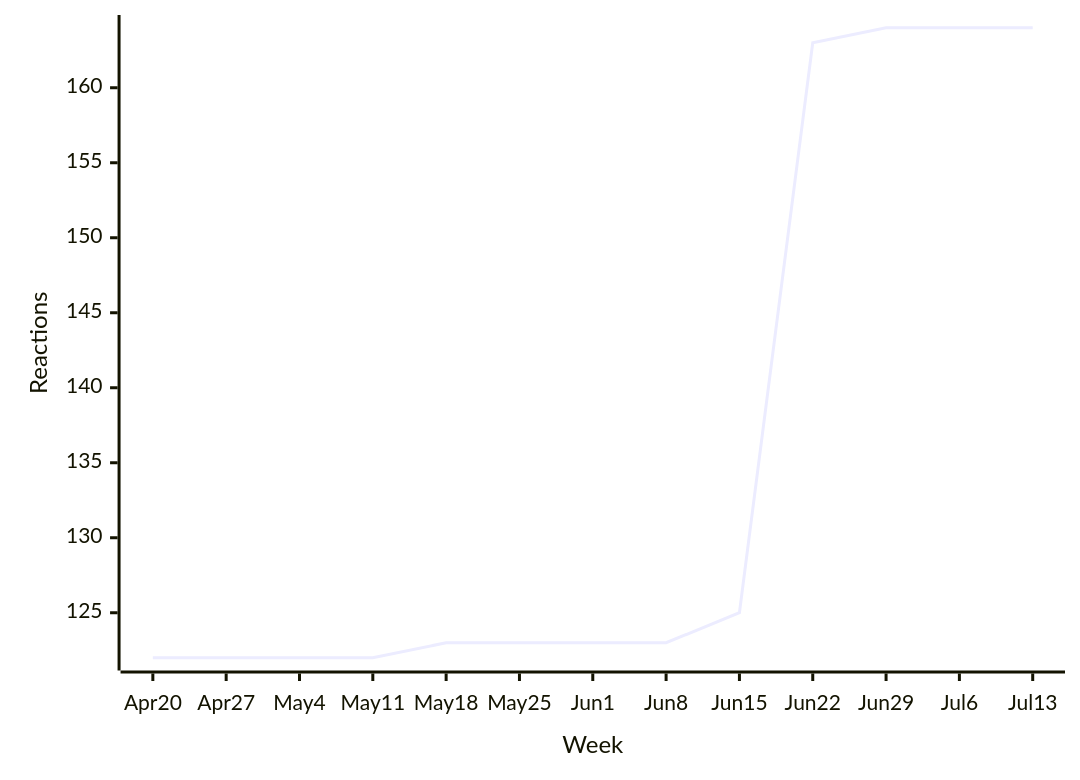
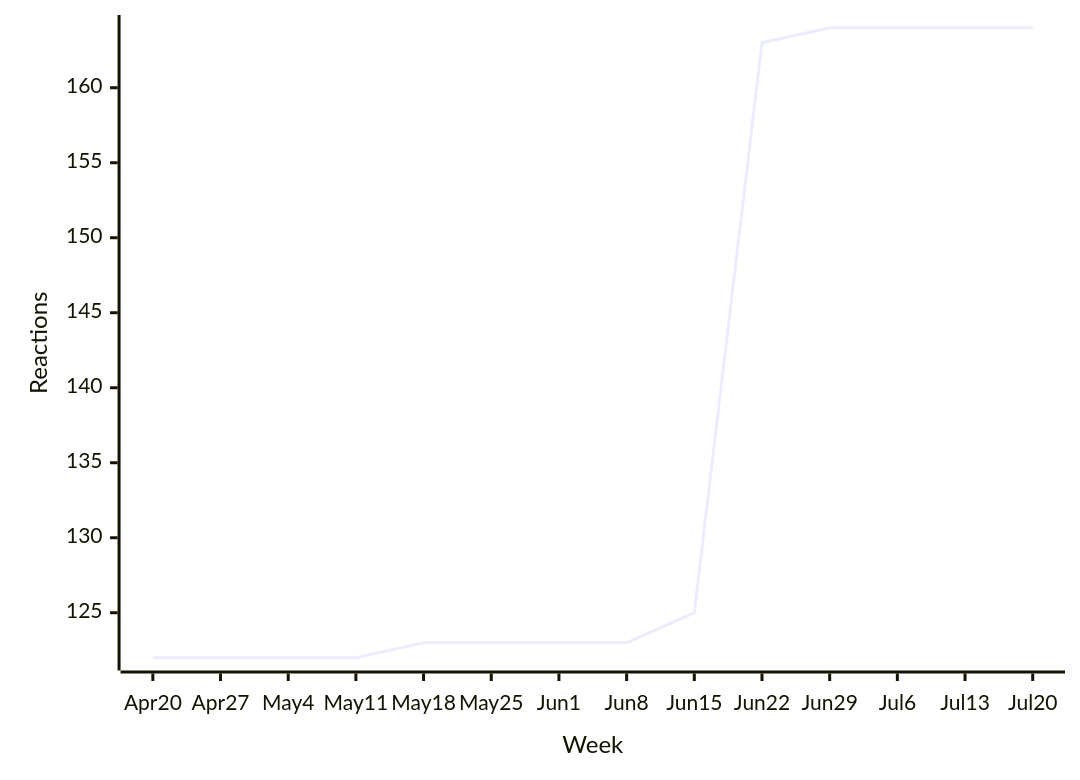
The first of 48 diagrams in README.md (loic-sharma/github-insights), drawn with Mermaid before and after one commit. The commit also changed other lines of this file and 3 other files, not shown here.

````diff
--- a/README.md
+++ b/README.md
@@ -339,6 +339,6 @@
   ```mermaid
   xychart-beta
-    x-axis "Week" [Apr 20, Apr 27, May 4, May 11, May 18, May 25, Jun 1, Jun 8, Jun 15, Jun 22, Jun 29, Jul 6, Jul 13]
+    x-axis "Week" [Apr 20, Apr 27, May 4, May 11, May 18, May 25, Jun 1, Jun 8, Jun 15, Jun 22, Jun 29, Jul 6, Jul 13, Jul 20]
     y-axis "Reactions"
-    line [122, 122, 122, 122, 123, 123, 123, 123, 125, 163, 164, 164, 164]
+    line [122, 122, 122, 122, 123, 123, 123, 123, 125, 163, 164, 164, 164, 164]
   ```
````
